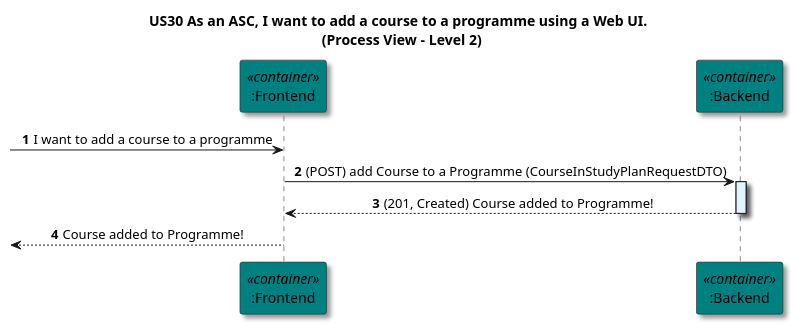
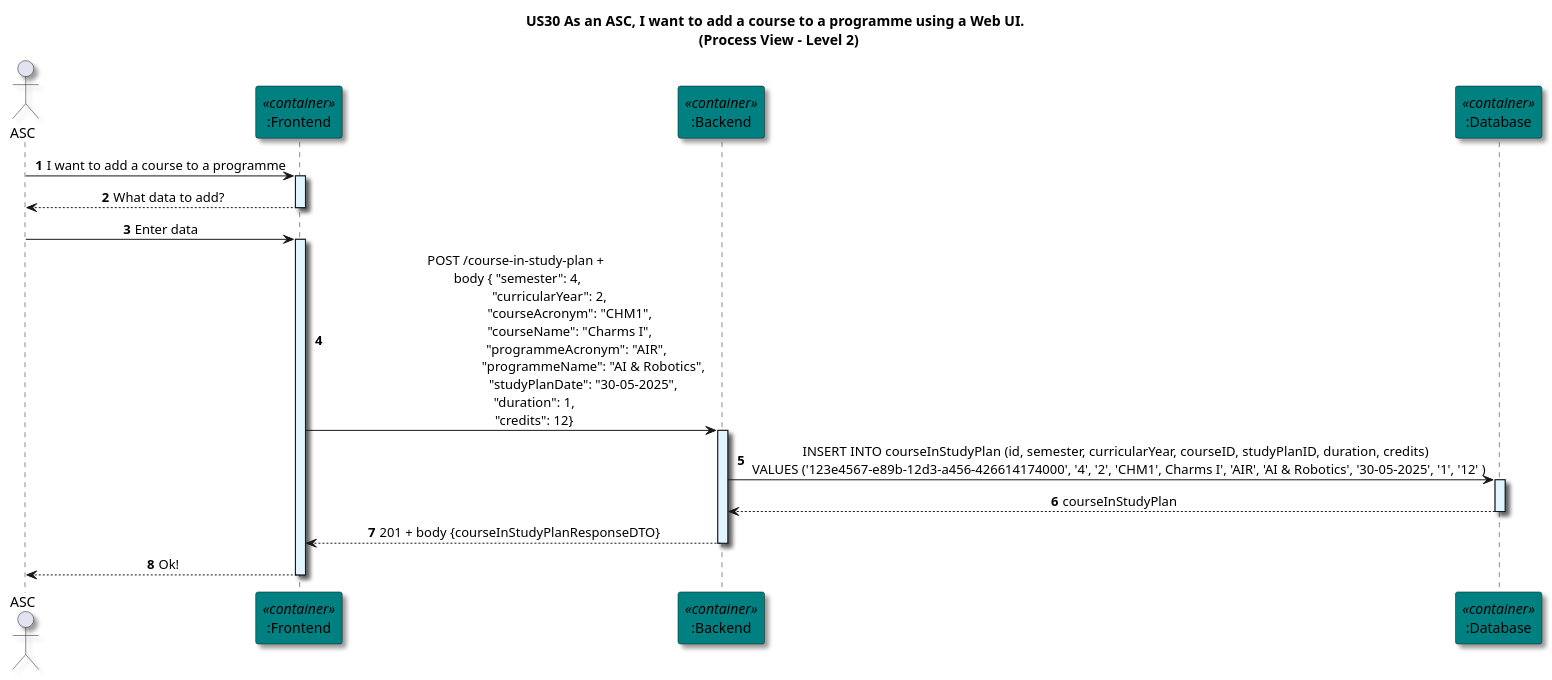
One commit to GasparISEP/DevOps-PAI changed the diagram in docs/US30/Sprint_6_REST_API/Process View/Level2Granularity.puml. Above: the diagram before and after it, drawn with PlantUML.

Commit message:
[docs]: update Level 2 sequence diagram to include course addition process and database interaction #706

```diff
--- a/docs/US30/Sprint_6_REST_API/Process View/Level2Granularity.puml
+++ b/docs/US30/Sprint_6_REST_API/Process View/Level2Granularity.puml
@@ -1,26 +1,35 @@
 @startuml
 
 title US30 As an ASC, I want to add a course to a programme using a Web UI. \n (Process View - Level 2)
 
 skinparam componentStyle component
 skinparam defaultTextAlignment center
 skinparam shadowing true
 
 autonumber
 
+actor ASC as asc
 participant ":Frontend" as frontend <<container>> #teal
 participant ":Backend" as backend <<container>> #teal
+participant ":Database" as database <<container>> #teal
 
--> frontend : I want to add a course to a programme
+asc -> frontend : I want to add a course to a programme
+activate frontend #E1F5FE
+frontend --> asc : What data to add?
+deactivate frontend
+asc -> frontend : Enter data
+activate frontend #E1F5FE
 
-frontend -> backend: (POST) add Course to a Programme (CourseInStudyPlanRequestDTO)
+frontend -> backend : POST /course-in-study-plan + \nbody { "semester": 4,\n                   "curricularYear": 2,\n                               "courseAcronym": "CHM1",\n                                "courseName": "Charms I", \n                                    "programmeAcronym": "AIR", \n                                              "programmeName": "AI & Robotics", \n                                        "studyPlanDate": "30-05-2025", \n           "duration": 1, \n          "credits": 12}
 activate backend #E1F5FE
-
-
-backend --> frontend: (201, Created) Course added to Programme!
+backend -> database : INSERT INTO courseInStudyPlan (id, semester, curricularYear, courseID, studyPlanID, duration, credits) \n VALUES ('123e4567-e89b-12d3-a456-426614174000', '4', '2', 'CHM1', Charms I', 'AIR', 'AI & Robotics', '30-05-2025', '1', '12' )
+activate database #E1F5FE
+database --> backend : courseInStudyPlan
+deactivate database
+backend --> frontend: 201 + body {courseInStudyPlanResponseDTO}
 deactivate backend
 
-<-- frontend : Course added to Programme!
+frontend --> asc : Ok!
 deactivate frontend
 
 @enduml
```
